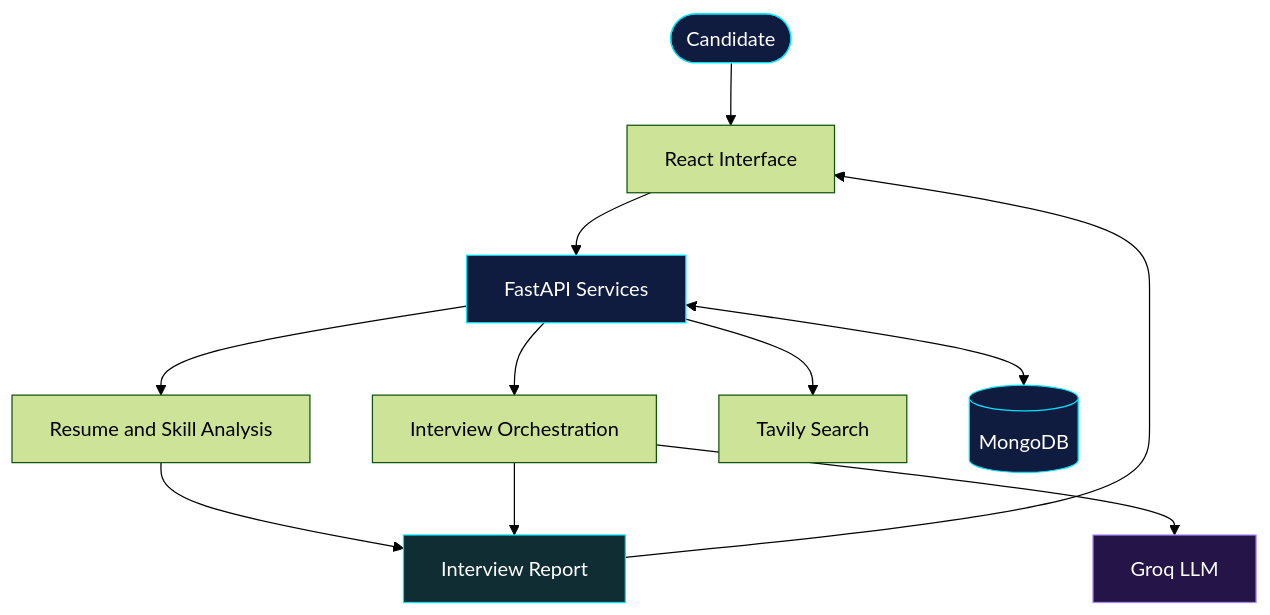
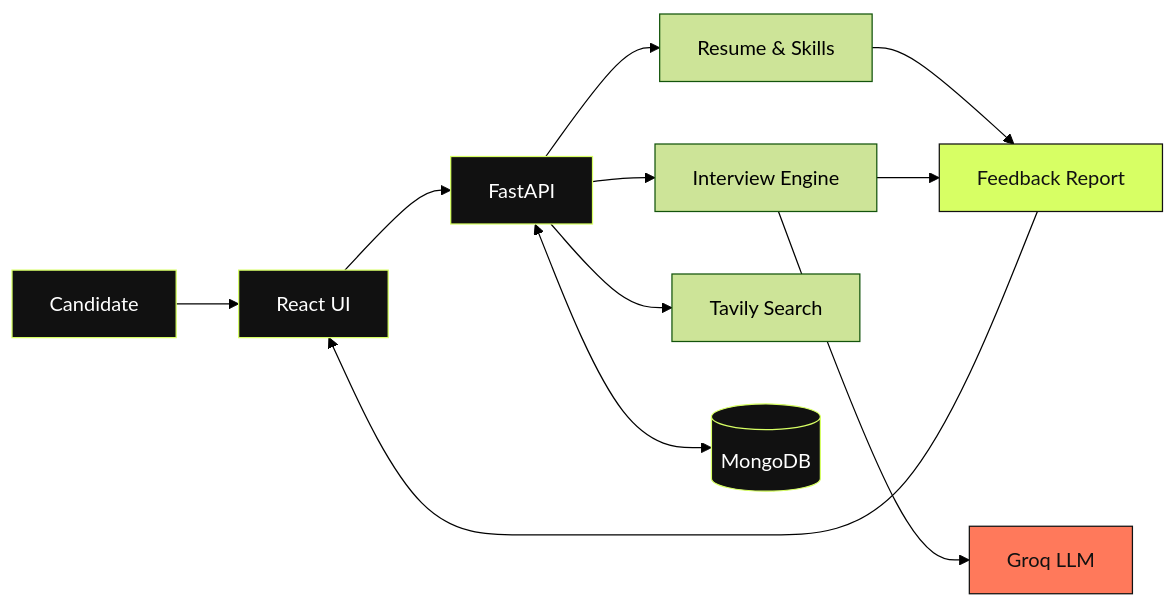
The first of 3 diagrams in README.md (sandhruv/sandhruv), drawn with Mermaid (forest theme) before and after one commit. The commit also changed other lines of this file, not shown here.

````diff
--- a/README.md
+++ b/README.md
@@ -110,19 +150,20 @@
 ```mermaid
-flowchart TD
-    U([Candidate]) --> UI[React Interface]
-    UI --> API[FastAPI Services]
-    API --> R[Resume and Skill Analysis]
-    API --> L[Interview Orchestration]
-    L --> M[Groq LLM]
-    API --> S[Tavily Search]
-    API <--> DB[(MongoDB)]
-    R --> OUT[Interview Report]
-    L --> OUT
-    OUT --> UI
+flowchart LR
+    A["Candidate"] --> B["React UI"]
+    B --> C["FastAPI"]
+    C --> D["Resume & Skills"]
+    C --> E["Interview Engine"]
+    E --> F["Groq LLM"]
+    C --> G["Tavily Search"]
+    C <--> H[("MongoDB")]
+    D --> I["Feedback Report"]
+    E --> I
+    I --> B
 
-    style U fill:#101B40,stroke:#00E5FF,color:#FFFFFF
-    style API fill:#101B40,stroke:#00E5FF,color:#FFFFFF
-    style M fill:#241447,stroke:#A78BFA,color:#FFFFFF
-    style DB fill:#101B40,stroke:#00E5FF,color:#FFFFFF
-    style OUT fill:#102D34,stroke:#00E5FF,color:#FFFFFF
+    style A fill:#111111,stroke:#D7FF64,color:#FFFFFF
+    style B fill:#111111,stroke:#D7FF64,color:#FFFFFF
+    style C fill:#111111,stroke:#D7FF64,color:#FFFFFF
+    style F fill:#FF795B,stroke:#111111,color:#111111
+    style H fill:#111111,stroke:#D7FF64,color:#FFFFFF
+    style I fill:#D7FF64,stroke:#111111,color:#111111
 ```
````
